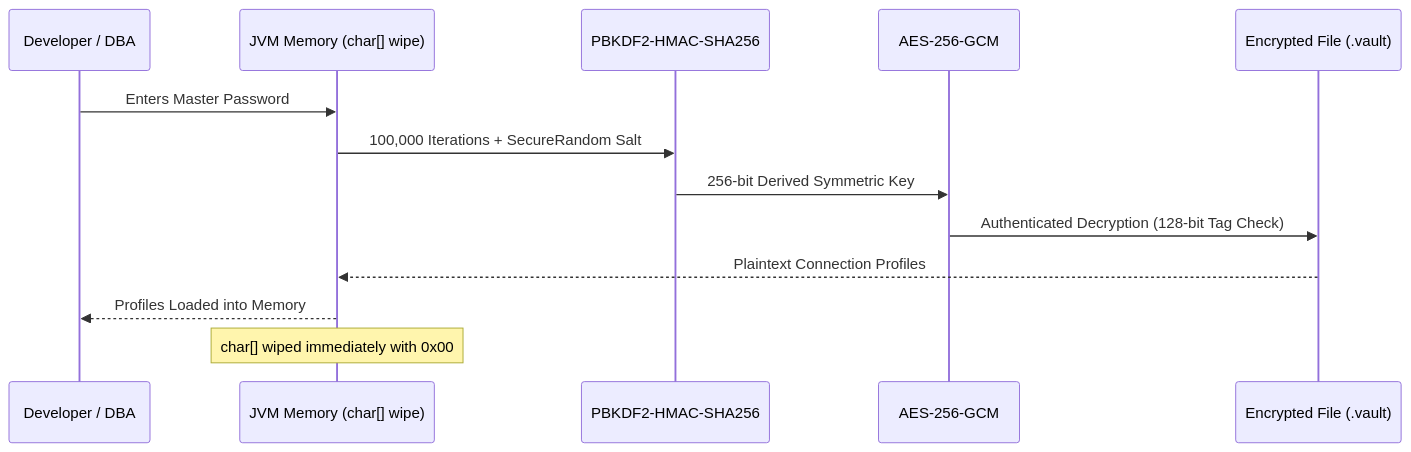
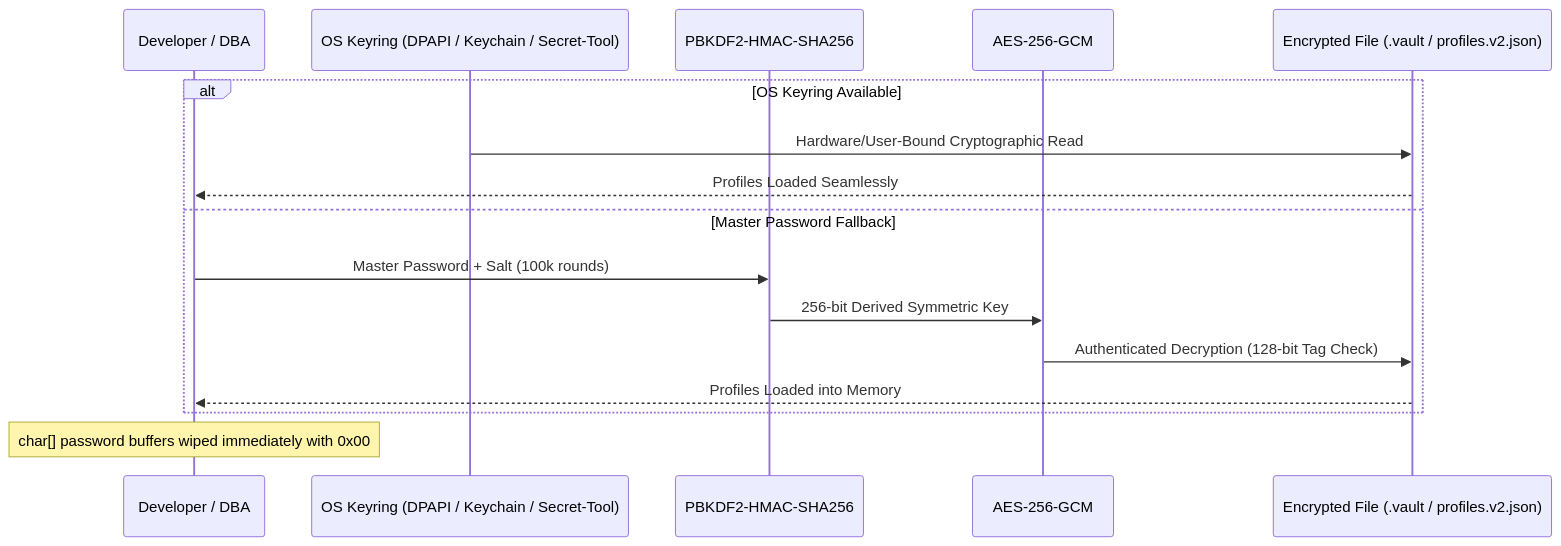
One commit to Ygtopher/SchemaSync- changed the diagram in docs/security.md. Above: the diagram before and after it, drawn with Mermaid. The commit also changed other lines of this file and 13 other files, not shown here.

````diff
--- a/docs/security.md
+++ b/docs/security.md
@@ -13,16 +23,19 @@
 ```mermaid
 sequenceDiagram
     participant User as Developer / DBA
-    participant Memory as JVM Memory (char[] wipe)
+    participant OS as OS Keyring (DPAPI / Keychain / Secret-Tool)
     participant KDF as PBKDF2-HMAC-SHA256
     participant Cipher as AES-256-GCM
-    participant Disk as Encrypted File (.vault)
+    participant Disk as Encrypted File (.vault / profiles.v2.json)
 
-    User->>Memory: Enters Master Password
-    Memory->>KDF: 100,000 Iterations + SecureRandom Salt
-    KDF->>Cipher: 256-bit Derived Symmetric Key
-    Cipher->>Disk: Authenticated Decryption (128-bit Tag Check)
-    Disk-->>Memory: Plaintext Connection Profiles
-    Memory-->>User: Profiles Loaded into Memory
-    Note over Memory: char[] wiped immediately with 0x00
+    alt OS Keyring Available
+        OS->>Disk: Hardware/User-Bound Cryptographic Read
+        Disk-->>User: Profiles Loaded Seamlessly
+    else Master Password Fallback
+        User->>KDF: Master Password + Salt (100k rounds)
+        KDF->>Cipher: 256-bit Derived Symmetric Key
+        Cipher->>Disk: Authenticated Decryption (128-bit Tag Check)
+        Disk-->>User: Profiles Loaded into Memory
+    end
+    Note over User: char[] password buffers wiped immediately with 0x00
 ```
````
